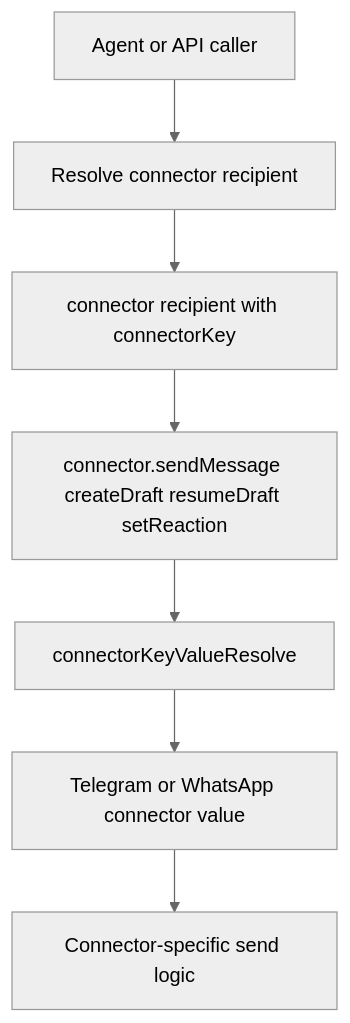
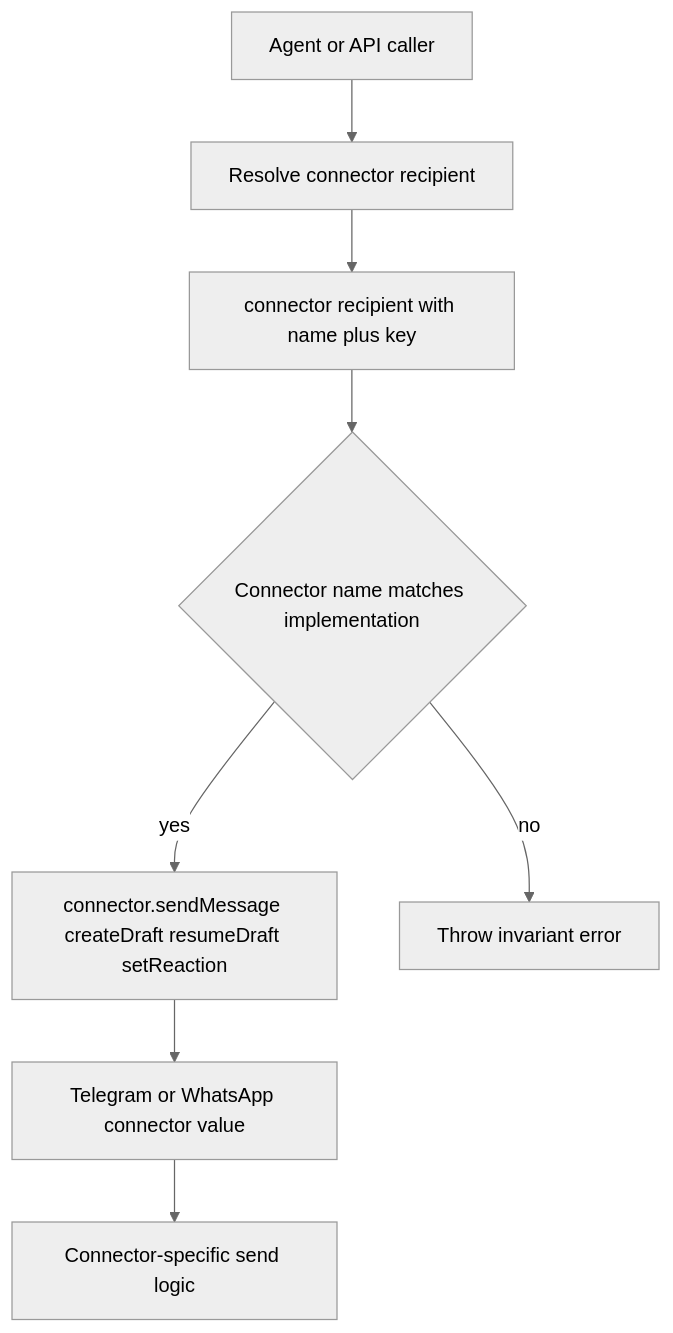
The diagram in doc/20260312-connector-recipient-keys.md (ex3ndr/daycare), drawn with Mermaid (neutral theme) before and after one commit. The commit also changed other lines of this file and 16 other files, not shown here.

````diff
--- a/doc/20260312-connector-recipient-keys.md
+++ b/doc/20260312-connector-recipient-keys.md
@@ -9,9 +12,10 @@
 ```mermaid
 flowchart TD
     A[Agent or API caller] --> B[Resolve connector recipient]
-    B --> C[connector recipient with connectorKey]
-    C --> D[connector.sendMessage createDraft resumeDraft setReaction]
-    D --> E[connectorKeyValueResolve]
-    E --> F[Telegram or WhatsApp connector value]
-    F --> G[Connector-specific send logic]
+    B --> C[connector recipient with name plus key]
+    C --> D{Connector name matches implementation}
+    D -->|yes| E[connector.sendMessage createDraft resumeDraft setReaction]
+    D -->|no| F[Throw invariant error]
+    E --> G[Telegram or WhatsApp connector value]
+    G --> H[Connector-specific send logic]
 ```
````
